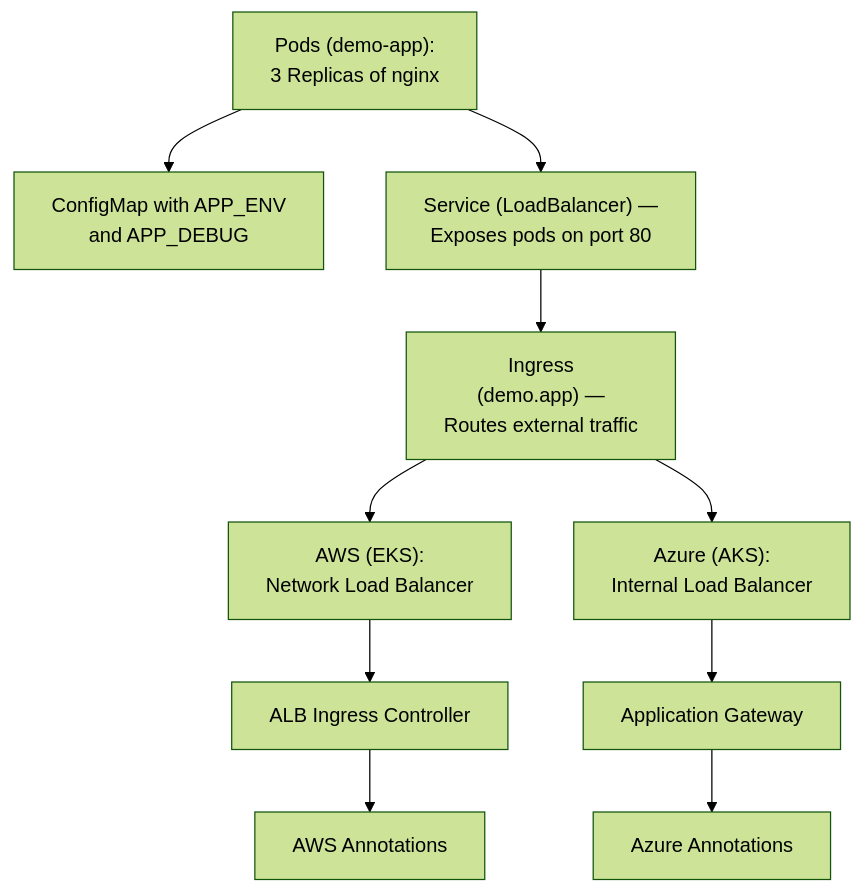
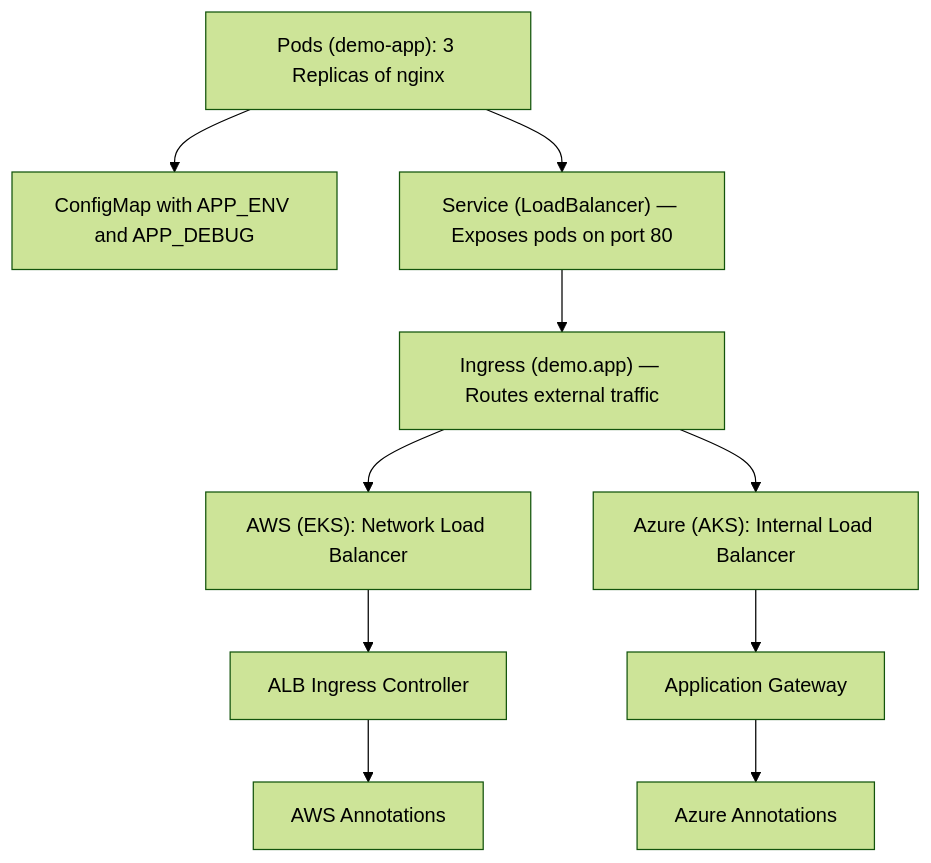
One commit to obintui10/kubernetes-multi-cloud-demo changed the diagram in README.md. Above: the diagram before and after it, drawn with Mermaid (forest theme).

````diff
--- a/README.md
+++ b/README.md
@@ -98,22 +98,16 @@
 ```mermaid
 flowchart TB
-    Pods["Pods (demo-app):
-3 Replicas of nginx"] --> Config["ConfigMap with APP_ENV
-and APP_DEBUG"]
+    Pods["Pods (demo-app): 3 Replicas of nginx"] --> Config["ConfigMap with APP_ENV and APP_DEBUG"]
 
-    Pods --> Service["Service (LoadBalancer) —
-Exposes pods on port 80"]
-    Service --> Ingress["Ingress
-(demo.app) —
-Routes external traffic"]
+    Pods --> Service["Service (LoadBalancer) — Exposes pods on port 80"]
+    Service --> Ingress["Ingress (demo.app) — Routes external traffic"]
 
-    Ingress --> AWS_NLB["AWS (EKS):
-Network Load Balancer"]
+    Ingress --> AWS_NLB["AWS (EKS): Network Load Balancer"]
     AWS_NLB --> AWS_ALB["ALB Ingress Controller"]
     AWS_ALB --> AWS_Anno["AWS Annotations"]
 
-    Ingress --> Azure_ILB["Azure (AKS):
-Internal Load Balancer"]
+    Ingress --> Azure_ILB["Azure (AKS): Internal Load Balancer"]
     Azure_ILB --> Azure_AppGW["Application Gateway"]
     Azure_AppGW --> Azure_Anno["Azure Annotations"]
+
 ```
````
